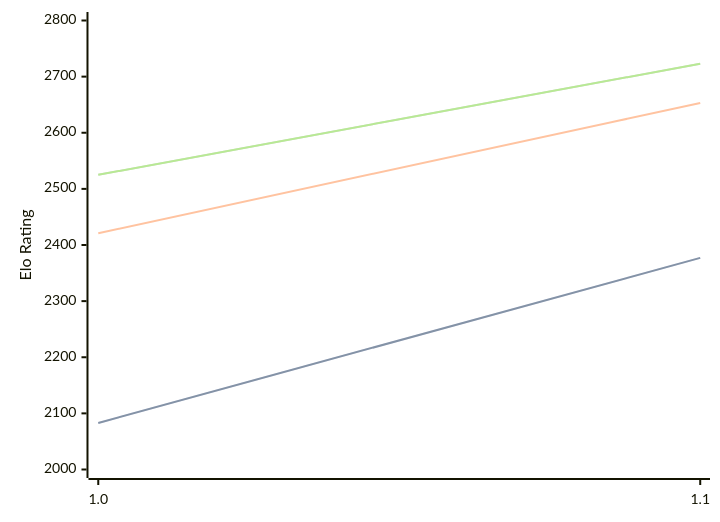
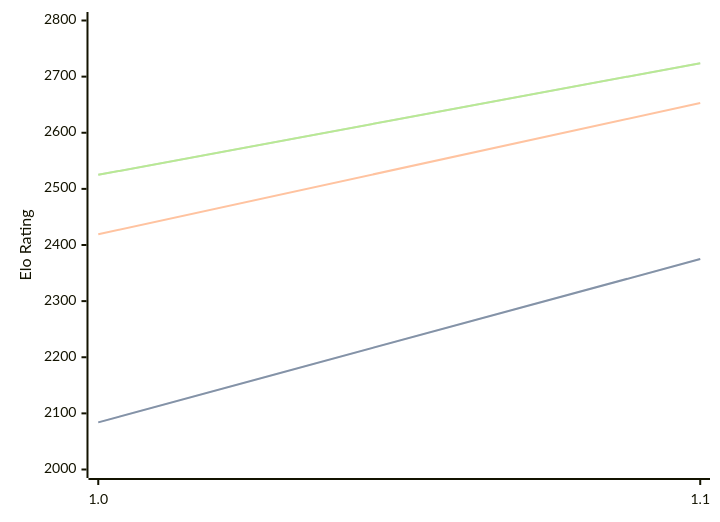
One commit to computer-chess-index/cci changed the diagram in engines/Erinn.md. Above: the diagram before and after it, drawn with Mermaid. The commit also changed other lines of this file, not shown here.

Commit message:
Update CCI Ratings (ELO VLTC) - 2026-08-19

````diff
--- a/engines/Erinn.md
+++ b/engines/Erinn.md
@@ -32,11 +32,11 @@
 ```mermaid
 %%{init: {"theme":"base","themeVariables":{"seriesColors:['#a3a3a3','#222221','#faa371']}}}%%
 xychart-beta
   x-axis ["1.0", "1.1"]
   y-axis "Elo Rating" 2000 --> 2800
-  line "STC (8.0+0.08s)" [2083, 2377]
-  line "STC (8.0+0.08s)" [2083, 2377]
-  line "LTC (60.0+0.60s)" [2421, 2653]
-  line "VLTC (2m24s+1.12s)" [2525, 2723]
-  line "VLTC (2m24s+1.12s)" [2525, 2723]
+  line "STC (8.0+0.08s)" [2084, 2375]
+  line "STC (8.0+0.08s)" [2084, 2375]
+  line "LTC (60.0+0.60s)" [2419, 2653]
+  line "VLTC (2m24s+1.12s)" [2525, 2724]
+  line "VLTC (2m24s+1.12s)" [2525, 2724]
 ```
````
